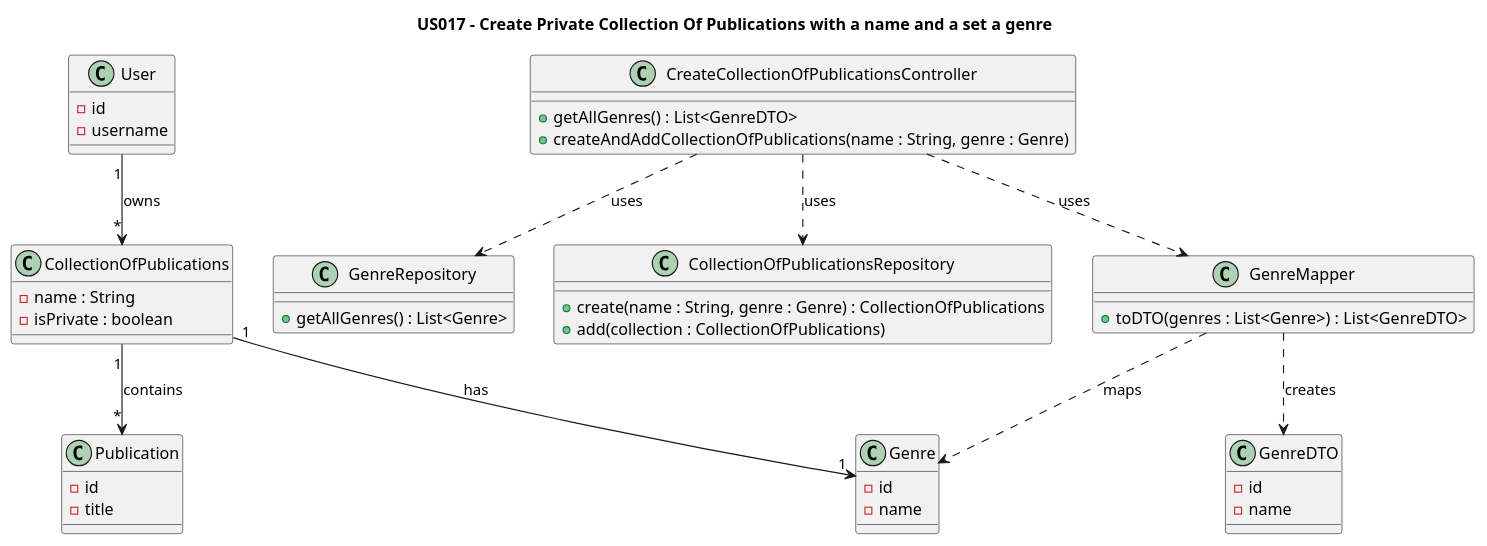
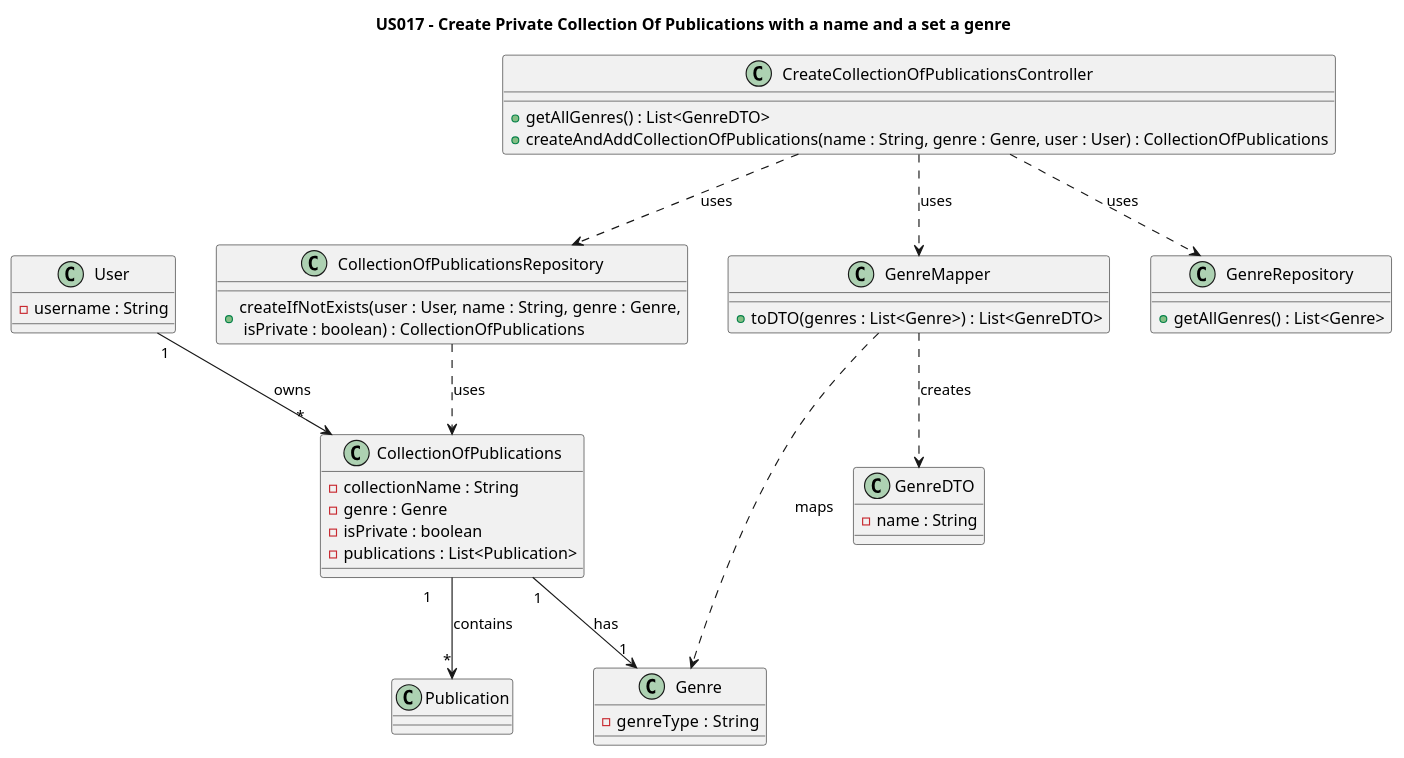
Before and after one commit to AndrePereiraGitH/SWitCH-Project-Team_A: the diagram in Diagrams/ClassDiagrams/US017-to-create-private-publication-list.puml, drawn with PlantUML. The commit also changed 19 other files, not shown here.

Commit message:
closes #39 - Implement US017 private collection creation with genre

```diff
--- a/Diagrams/ClassDiagrams/US017-to-create-private-publication-list.puml
+++ b/Diagrams/ClassDiagrams/US017-to-create-private-publication-list.puml
@@ -1,75 +1,75 @@
 @startuml
 title US017 - Create Private Collection Of Publications with a name and a set a genre
 
 
-' ======================
+' _____________________
 ' DOMAIN
-' ======================
+' _____________________
 
 class User {
-  -id
-  -username
+  -username : String
 }
 
 class Genre {
-  -id
-  -name
+    - genreType  : String
 }
 
+
 class CollectionOfPublications {
-  -name : String
-  -isPrivate : boolean
+  - collectionName : String
+  - genre : Genre
+  - isPrivate : boolean
+  - publications : List<Publication>
 }
 
 class Publication {
-  -id
-  -title
 }
 
-User "1" --> "*" CollectionOfPublications : owns
+User "1" --> " *   " CollectionOfPublications : owns
 CollectionOfPublications "1" --> "1" Genre : has
-CollectionOfPublications "1" --> "*" Publication : contains
+CollectionOfPublications "1     " --> "*" Publication : contains
 
-' ======================
+' ______________________
 ' APPLICATION
-' ======================
+' ______________________
 
 class CreateCollectionOfPublicationsController {
   +getAllGenres() : List<GenreDTO>
-  +createAndAddCollectionOfPublications(name : String, genre : Genre)
+  +createAndAddCollectionOfPublications(name : String, genre : Genre, user : User) : CollectionOfPublications
 }
 
 class GenreMapper {
   +toDTO(genres : List<Genre>) : List<GenreDTO>
 }
 
 class GenreDTO {
- - id
- - name
+   - name : String
 }
 
-' ======================
+' ___________________
 ' PERSISTENCE
-' ======================
+' ___________________
 
 class GenreRepository {
   +getAllGenres() : List<Genre>
 }
 
 class CollectionOfPublicationsRepository {
-  +create(name : String, genre : Genre) : CollectionOfPublications
-  +add(collection : CollectionOfPublications)
+  + createIfNotExists(user : User, name : String, genre : Genre,\n isPrivate : boolean) : CollectionOfPublications
 }
 
-' ======================
+' _____________________
 ' DEPENDENCIES
-' ======================
+' ____________________
 
 CreateCollectionOfPublicationsController ..> GenreRepository : uses
 CreateCollectionOfPublicationsController ..> GenreMapper : uses
 CreateCollectionOfPublicationsController ..> CollectionOfPublicationsRepository : uses
+CollectionOfPublicationsRepository ..> CollectionOfPublications : uses
 
 GenreMapper ..> Genre : maps
 GenreMapper ..> GenreDTO : creates
 
+
+
 @enduml
```
